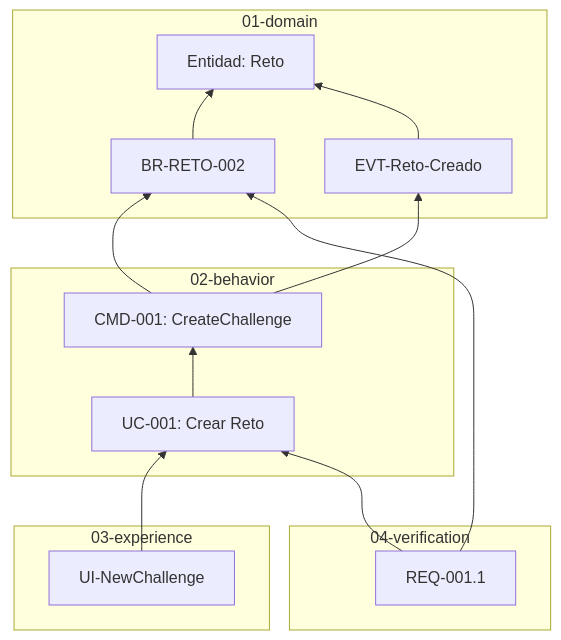
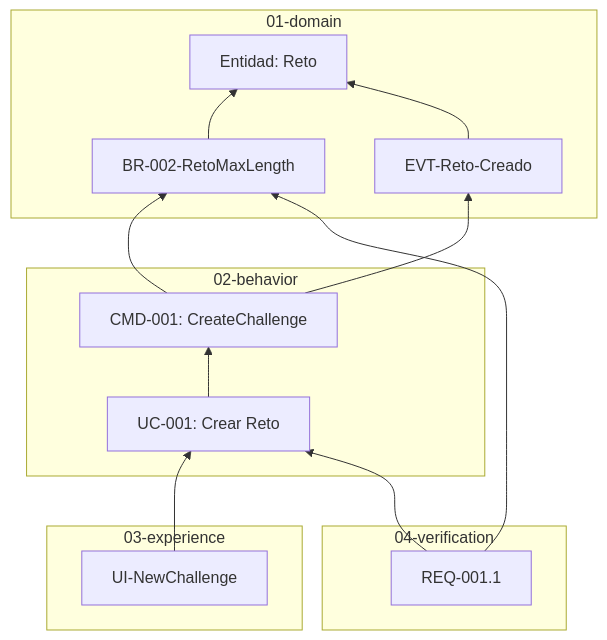
One commit to knowledge-driven-dev/kdd-tools changed the diagram in platforms/claude-code/skills/kdd-trace/SKILL.md. Above: the diagram before and after it, drawn with Mermaid. The commit also changed other lines of this file and 59 other files, not shown here.

````diff
--- a/platforms/claude-code/skills/kdd-trace/SKILL.md
+++ b/platforms/claude-code/skills/kdd-trace/SKILL.md
@@ -197,30 +202,30 @@
 ```mermaid
 graph BT
     subgraph "01-domain"
         E[Entidad: Reto]
-        R[BR-RETO-002]
+        R[BR-002-RetoMaxLength]
         EV[EVT-Reto-Creado]
     end
 
     subgraph "02-behavior"
         CMD[CMD-001: CreateChallenge]
         UC[UC-001: Crear Reto]
     end
 
     subgraph "03-experience"
         UI[UI-NewChallenge]
     end
 
     subgraph "04-verification"
         REQ[REQ-001.1]
     end
 
     R --> E
     EV --> E
     CMD --> R
     CMD --> EV
     UC --> CMD
     UI --> UC
     REQ --> UC
     REQ --> R
 ```
````
